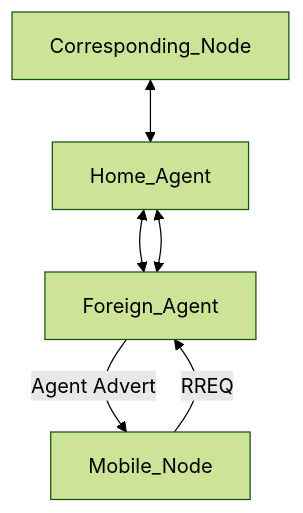
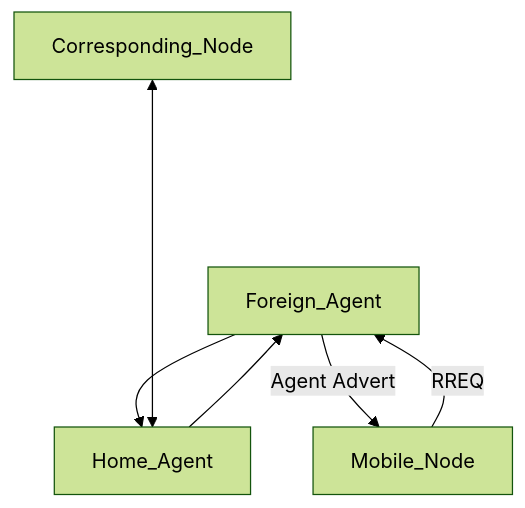
The diagram in README.md (juakali-networks/mip), drawn with Mermaid (forest theme) before and after one commit.

Commit message:
Added diagram to ReadMe

````diff
--- a/README.md
+++ b/README.md
@@ -26,8 +26,8 @@
 ```mermaid
 graph TD;
     Foreign_Agent-- Agent Advert -->Mobile_Node;
     Mobile_Node-- RREQ -->Foreign_Agent;
-    Home_Agent<-->Foreign_Agent;
-    Home_Agent<-->Foreign_Agent;
-    Corresponding_Node<-->Home_Agent;
+    Home_Agent-->Foreign_Agent;
+    Foreign_Agent-->Home_Agent;
+    Corresponding_Node<----->Home_Agent;
 ```
````
